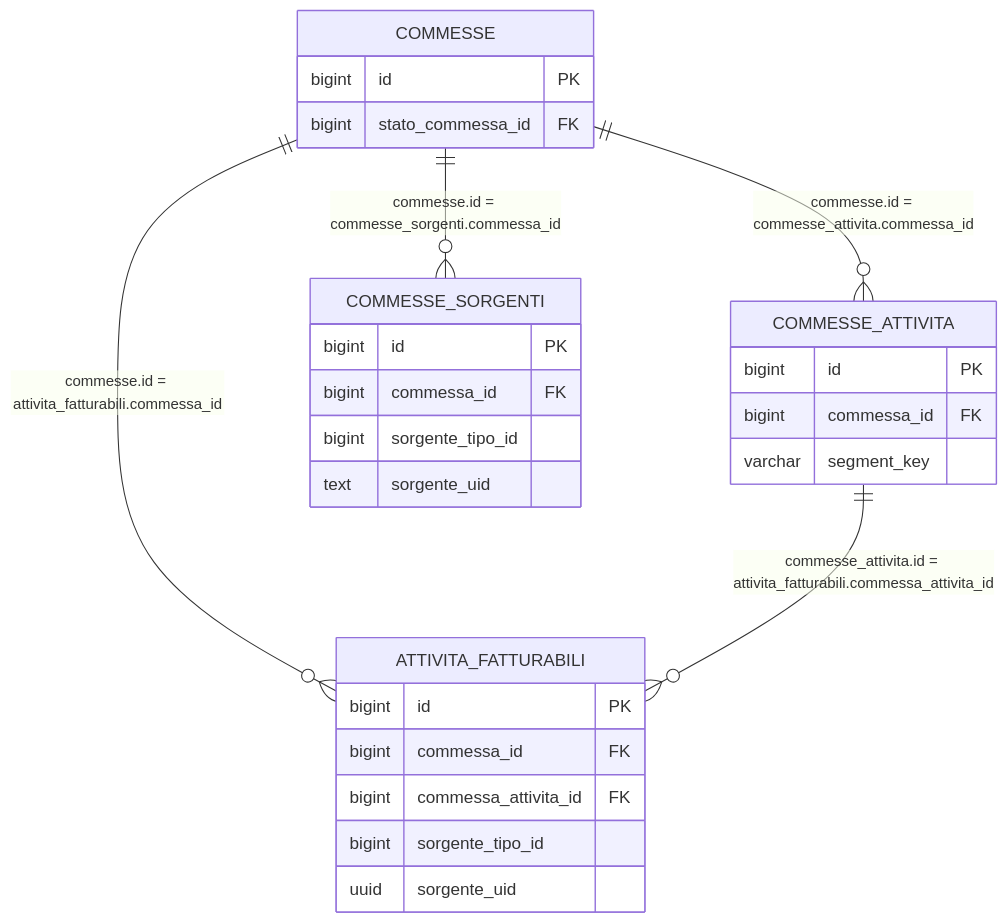
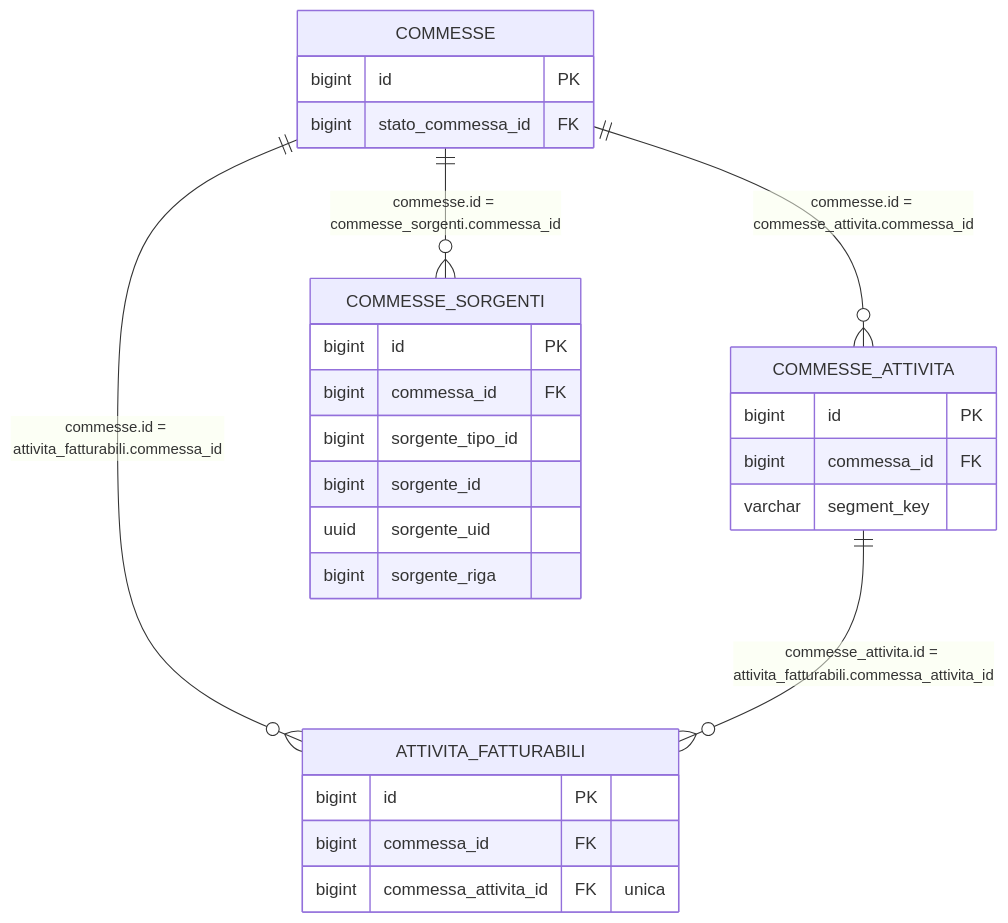
One commit to Tito-it/ZeroErp changed the second of 3 diagrams in docs/it/guide/fatturazione.md. Above: the diagram before and after it, drawn with Mermaid. The commit also changed other lines of this file and 247 other files, not shown here.

First line of the commit message:
DB: lotto DOC di brief-db-sorgente-documento-e-riga e ritiro di tre codici d'errore

````diff
--- a/docs/it/guide/fatturazione.md
+++ b/docs/it/guide/fatturazione.md
@@ -102,30 +102,30 @@
 ```mermaid
 erDiagram
   COMMESSE ||--o{ COMMESSE_ATTIVITA : "commesse.id = commesse_attivita.commessa_id"
   COMMESSE ||--o{ COMMESSE_SORGENTI : "commesse.id = commesse_sorgenti.commessa_id"
   COMMESSE ||--o{ ATTIVITA_FATTURABILI : "commesse.id = attivita_fatturabili.commessa_id"
   COMMESSE_ATTIVITA ||--o{ ATTIVITA_FATTURABILI : "commesse_attivita.id = attivita_fatturabili.commessa_attivita_id"
 
   COMMESSE {
     bigint id PK
     bigint stato_commessa_id FK
   }
   COMMESSE_ATTIVITA {
     bigint id PK
     bigint commessa_id FK
     varchar segment_key
   }
   COMMESSE_SORGENTI {
     bigint id PK
     bigint commessa_id FK
     bigint sorgente_tipo_id
-    text sorgente_uid
+    bigint sorgente_id
+    uuid sorgente_uid
+    bigint sorgente_riga
   }
   ATTIVITA_FATTURABILI {
     bigint id PK
     bigint commessa_id FK
-    bigint commessa_attivita_id FK
-    bigint sorgente_tipo_id
-    uuid sorgente_uid
+    bigint commessa_attivita_id FK "unica"
   }
 ```
````
